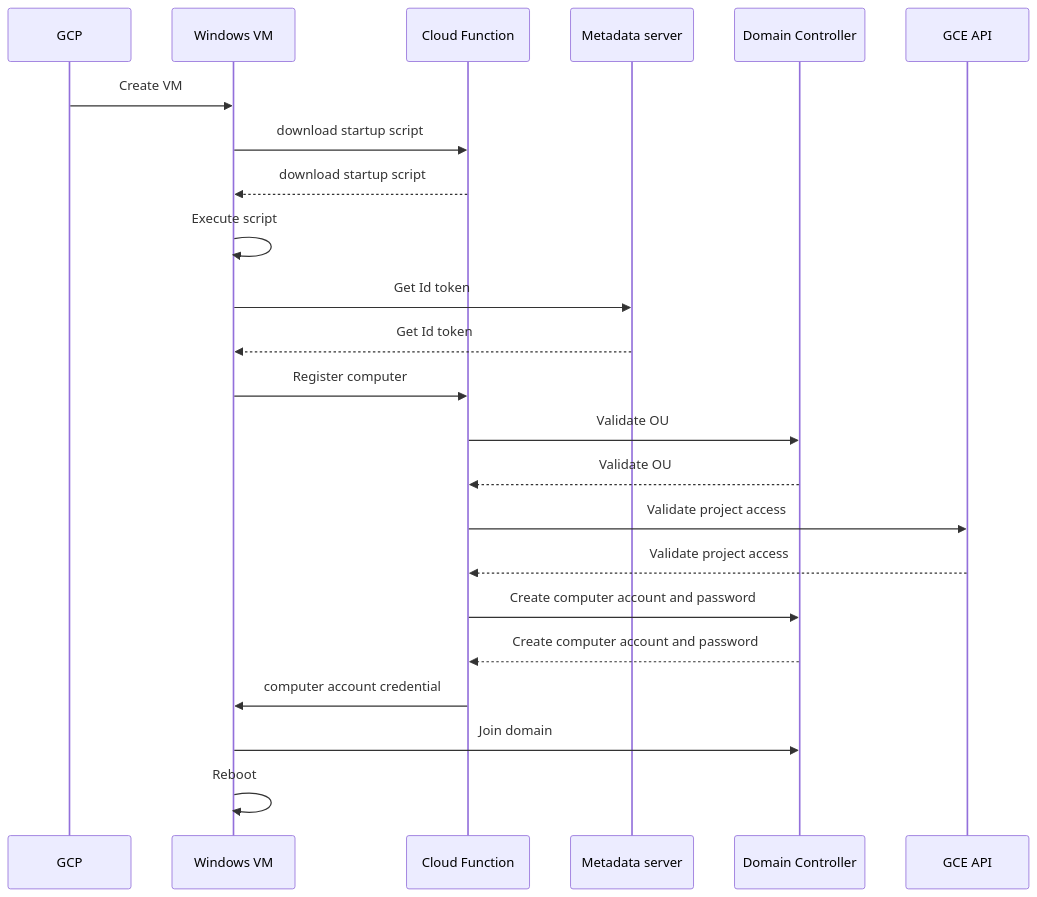
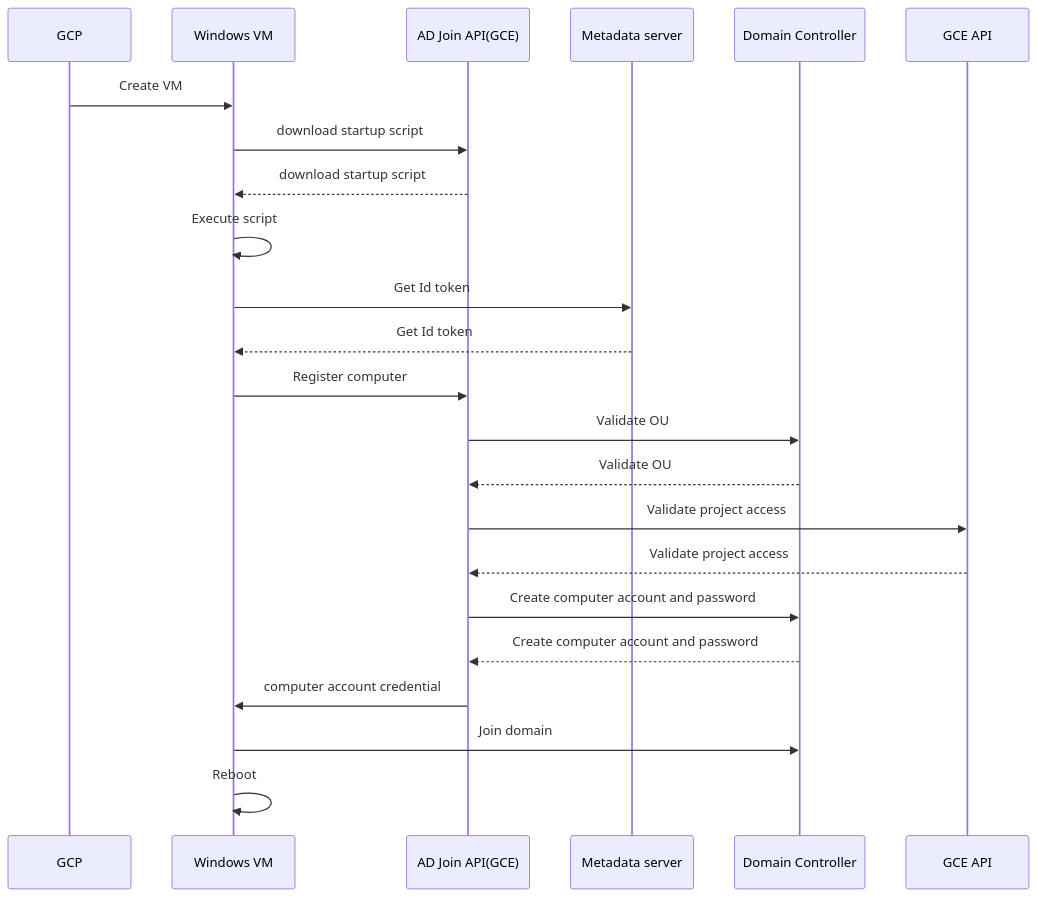
One commit to michael-chi/gcp-windows-workloads-on-gcp changed the diagram in 003-auto-domain-join/readme.md. Above: the diagram before and after it, drawn with Mermaid. The commit also changed other lines of this file and 4 other files, not shown here.

````diff
--- a/003-auto-domain-join/readme.md
+++ b/003-auto-domain-join/readme.md
@@ -4,20 +5,20 @@
 ```mermaid
 sequenceDiagram
 
 GCP ->> Windows VM: Create VM
-Windows VM ->> Cloud Function: download startup script
-Cloud Function -->> Windows VM: download startup script
+Windows VM ->> AD Join API(GCE): download startup script
+AD Join API(GCE) -->> Windows VM: download startup script
 Windows VM ->> Windows VM: Execute script
 Windows VM ->> Metadata server: Get Id token
 Metadata server -->> Windows VM: Get Id token
-Windows VM ->> Cloud Function: Register computer
-Cloud Function ->> Domain Controller: Validate OU
-Domain Controller -->> Cloud Function: Validate OU
-Cloud Function ->> GCE API: Validate project access
-GCE API -->> Cloud Function: Validate project access
-Cloud Function ->> Domain Controller: Create computer account and password
-Domain Controller -->> Cloud Function: Create computer account and password
-Cloud Function ->> Windows VM: computer account credential
+Windows VM ->> AD Join API(GCE): Register computer
+AD Join API(GCE) ->> Domain Controller: Validate OU
+Domain Controller -->> AD Join API(GCE): Validate OU
+AD Join API(GCE) ->> GCE API: Validate project access
+GCE API -->> AD Join API(GCE): Validate project access
+AD Join API(GCE) ->> Domain Controller: Create computer account and password
+Domain Controller -->> AD Join API(GCE): Create computer account and password
+AD Join API(GCE) ->> Windows VM: computer account credential
 Windows VM ->> Domain Controller: Join domain
 Windows VM ->> Windows VM: Reboot
 ```
````
